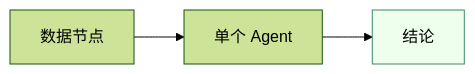
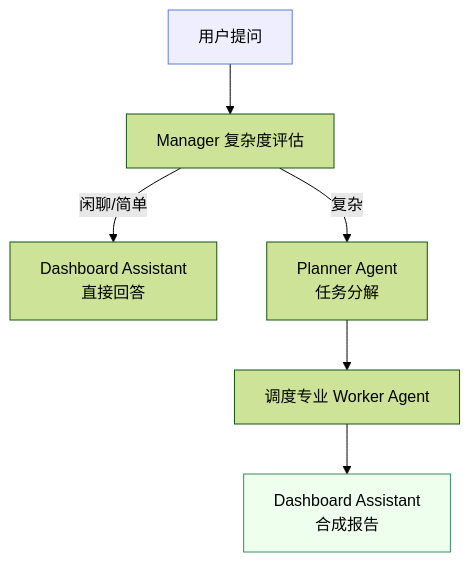
The third of 6 diagrams in sql-logic-docs/docs/guide/agent-execution.md (shixia9/MustBeTheSQL), drawn with Mermaid (forest theme) before and after one commit. The commit also changed other lines of this file and 11 other files, not shown here.

````diff
--- a/sql-logic-docs/docs/guide/agent-execution.md
+++ b/sql-logic-docs/docs/guide/agent-execution.md
@@ -55,5 +67,10 @@
 ```mermaid
-flowchart LR
-  Data["数据节点"] --> A["单个 Agent"] --> Result["结论"]
-  style Result fill:#efe,stroke:#3b8c5e
+flowchart TB
+  Q["用户提问"] --> Eval["Manager 复杂度评估"]
+  Eval -->|"闲聊/简单"| DA1["Dashboard Assistant<br/>直接回答"]
+  Eval -->|"复杂"| Planner["Planner Agent<br/>任务分解"]
+  Planner --> Workers["调度专业 Worker Agent"]
+  Workers --> DA2["Dashboard Assistant<br/>合成报告"]
+  style Q fill:#eef,stroke:#5b7fd9
+  style DA2 fill:#efe,stroke:#3b8c5e
 ```
````
